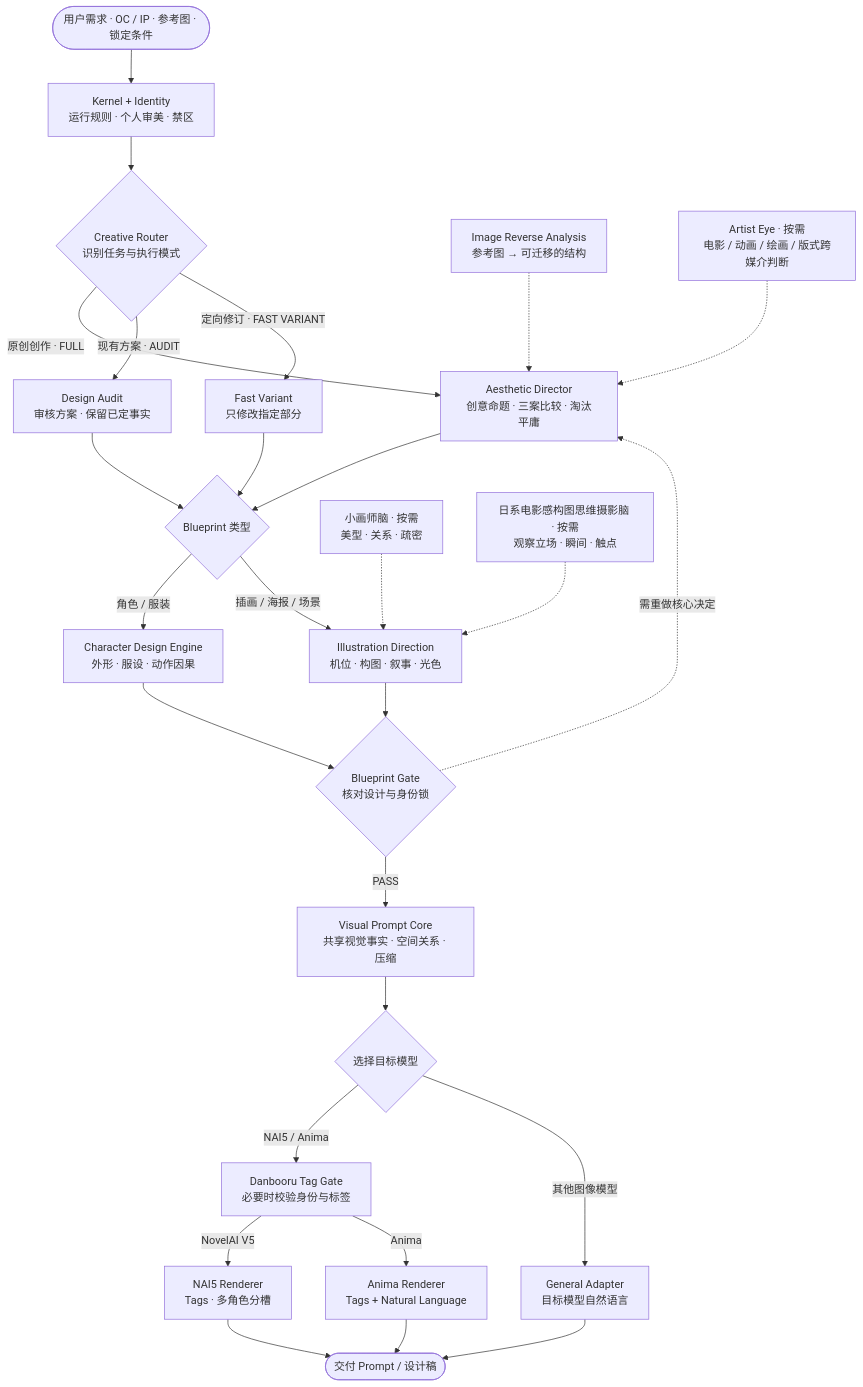
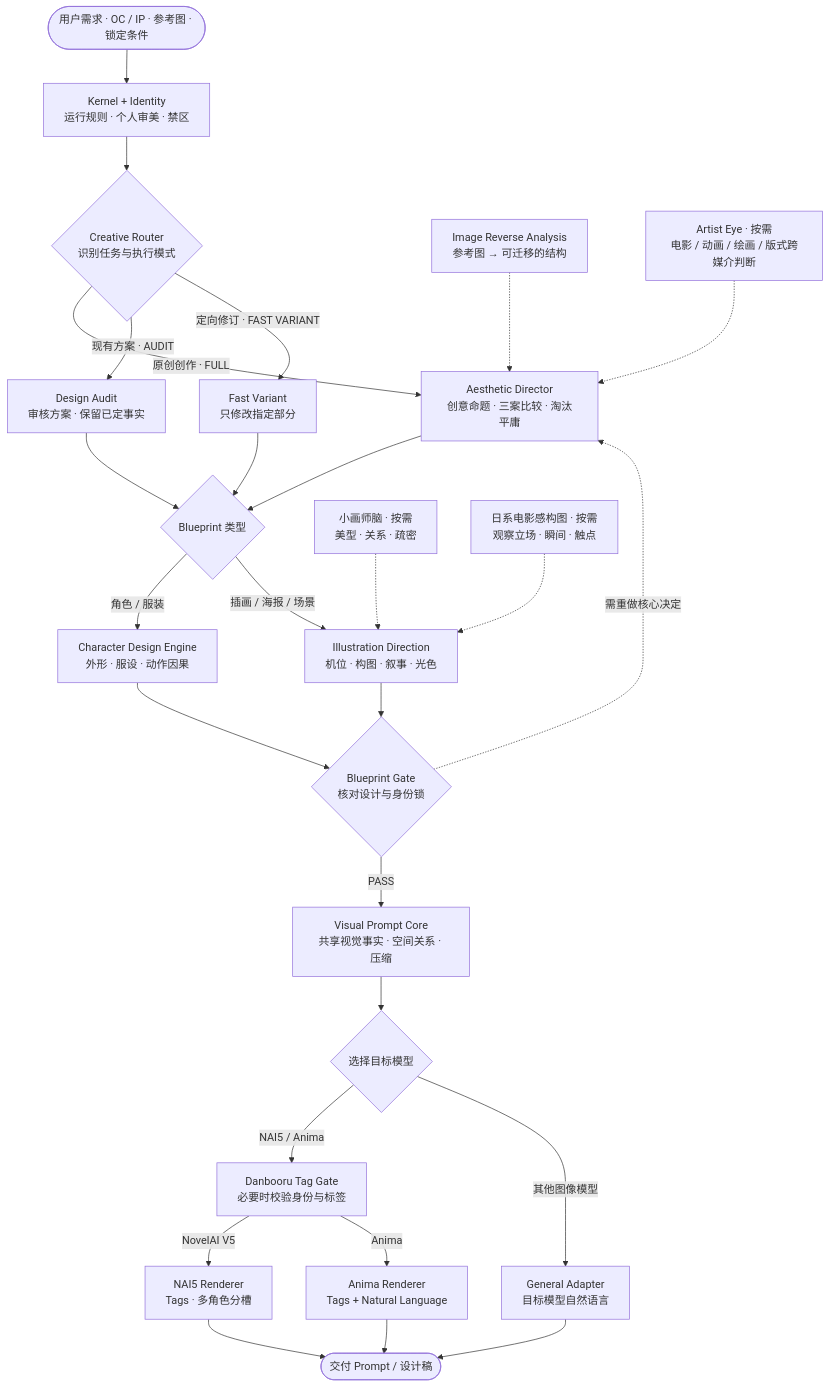
The first of 2 diagrams in README.md (Tera-Dark/personal-agent-skills), drawn with Mermaid before and after one commit. The commit also changed other lines of this file, not shown here.

````diff
--- a/README.md
+++ b/README.md
@@ -26,37 +26,37 @@
 ```mermaid
 flowchart TB
     INPUT(["用户需求 · OC / IP · 参考图 · 锁定条件"])
     INPUT --> KERNEL["Kernel + Identity<br/>运行规则 · 个人审美 · 禁区"]
     KERNEL --> ROUTER{"Creative Router<br/>识别任务与执行模式"}
 
     ROUTER -->|"原创创作 · FULL"| DIRECTOR["Aesthetic Director<br/>创意命题 · 三案比较 · 淘汰平庸"]
     ROUTER -->|"现有方案 · AUDIT"| AUDIT["Design Audit<br/>审核方案 · 保留已定事实"]
     ROUTER -->|"定向修订 · FAST VARIANT"| FAST["Fast Variant<br/>只修改指定部分"]
 
     REFERENCE["Image Reverse Analysis<br/>参考图 → 可迁移的结构"] -.-> DIRECTOR
     EYE["Artist Eye · 按需<br/>电影 / 动画 / 绘画 / 版式跨媒介判断"] -.-> DIRECTOR
 
     DIRECTOR --> SPECIALIST{"Blueprint 类型"}
     AUDIT --> SPECIALIST
     FAST --> SPECIALIST
     SPECIALIST -->|"角色 / 服装"| CHARACTER["Character Design Engine<br/>外形 · 服设 · 动作因果"]
     SPECIALIST -->|"插画 / 海报 / 场景"| ILLUSTRATION["Illustration Direction<br/>机位 · 构图 · 叙事 · 光色"]
 
     SMALL["小画师脑 · 按需<br/>美型 · 关系 · 疏密"] -.-> ILLUSTRATION
-    CAMERA["日系电影感构图思维摄影脑 · 按需<br/>观察立场 · 瞬间 · 触点"] -.-> ILLUSTRATION
+    CAMERA["日系电影感构图 · 按需<br/>观察立场 · 瞬间 · 触点"] -.-> ILLUSTRATION
 
     CHARACTER --> BLUEPRINT{"Blueprint Gate<br/>核对设计与身份锁"}
     ILLUSTRATION --> BLUEPRINT
     BLUEPRINT -->|"PASS"| CORE["Visual Prompt Core<br/>共享视觉事实 · 空间关系 · 压缩"]
     BLUEPRINT -.->|"需重做核心决定"| DIRECTOR
 
     CORE --> TARGET{"选择目标模型"}
     TARGET -->|"NAI5 / Anima"| GATE["Danbooru Tag Gate<br/>必要时校验身份与标签"]
     GATE -->|"NovelAI V5"| NAI5["NAI5 Renderer<br/>Tags · 多角色分槽"]
     GATE -->|"Anima"| ANIMA["Anima Renderer<br/>Tags + Natural Language"]
     TARGET -->|"其他图像模型"| GENERIC["General Adapter<br/>目标模型自然语言"]
 
     NAI5 --> OUTPUT(["交付 Prompt / 设计稿"])
     ANIMA --> OUTPUT
     GENERIC --> OUTPUT
 ```
````
